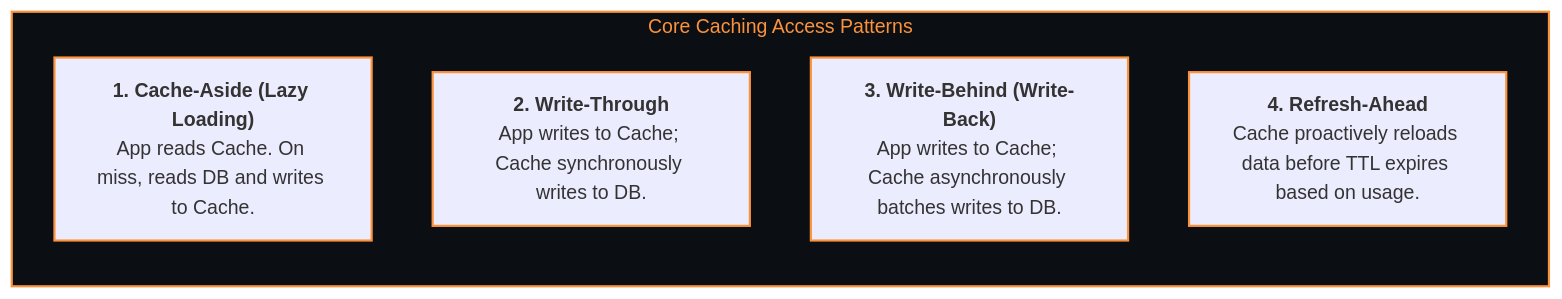
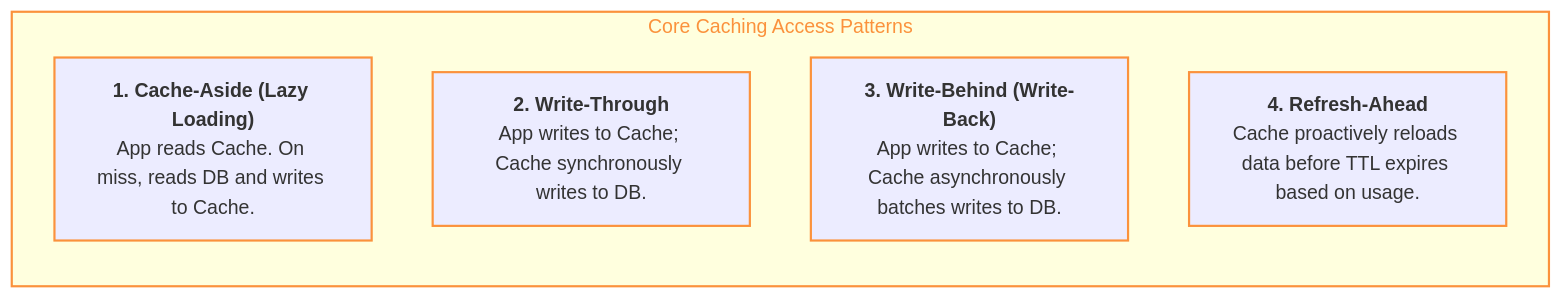
Before and after one commit to abhinavbharti2345/CS_Notes: the diagram in BrainOS/05 - Systems/Caching & Message Queues.md, drawn with Mermaid. The commit also changed 26 other files, not shown here.

Commit message:
feat: initialize BrainOS knowledge base with foundational curriculum and roadmap notes

````diff
--- a/BrainOS/05 - Systems/Caching & Message Queues.md
+++ b/BrainOS/05 - Systems/Caching & Message Queues.md
@@ -24,15 +24,15 @@
 ```mermaid
 flowchart TD
     subgraph CACHE_PATTERNS ["Core Caching Access Patterns"]
         direction TB
         CA["<b>1. Cache-Aside (Lazy Loading)</b><br/>App reads Cache. On miss, reads DB and writes to Cache."]
         WT["<b>2. Write-Through</b><br/>App writes to Cache; Cache synchronously writes to DB."]
         WB["<b>3. Write-Behind (Write-Back)</b><br/>App writes to Cache; Cache asynchronously batches writes to DB."]
         RA["<b>4. Refresh-Ahead</b><br/>Cache proactively reloads data before TTL expires based on usage."]
     end
 
-    style CACHE_PATTERNS fill:#0B0F14,stroke:#FB923C,stroke-width:1.8px,color:#FB923C
+    style CACHE_PATTERNS stroke:#FB923C,stroke-width:1.8px,color:#FB923C
 
     classDef sysNode stroke:#FB923C,stroke-width:1.8px;
     class CA,WT,WB,RA sysNode;
 ```
````
